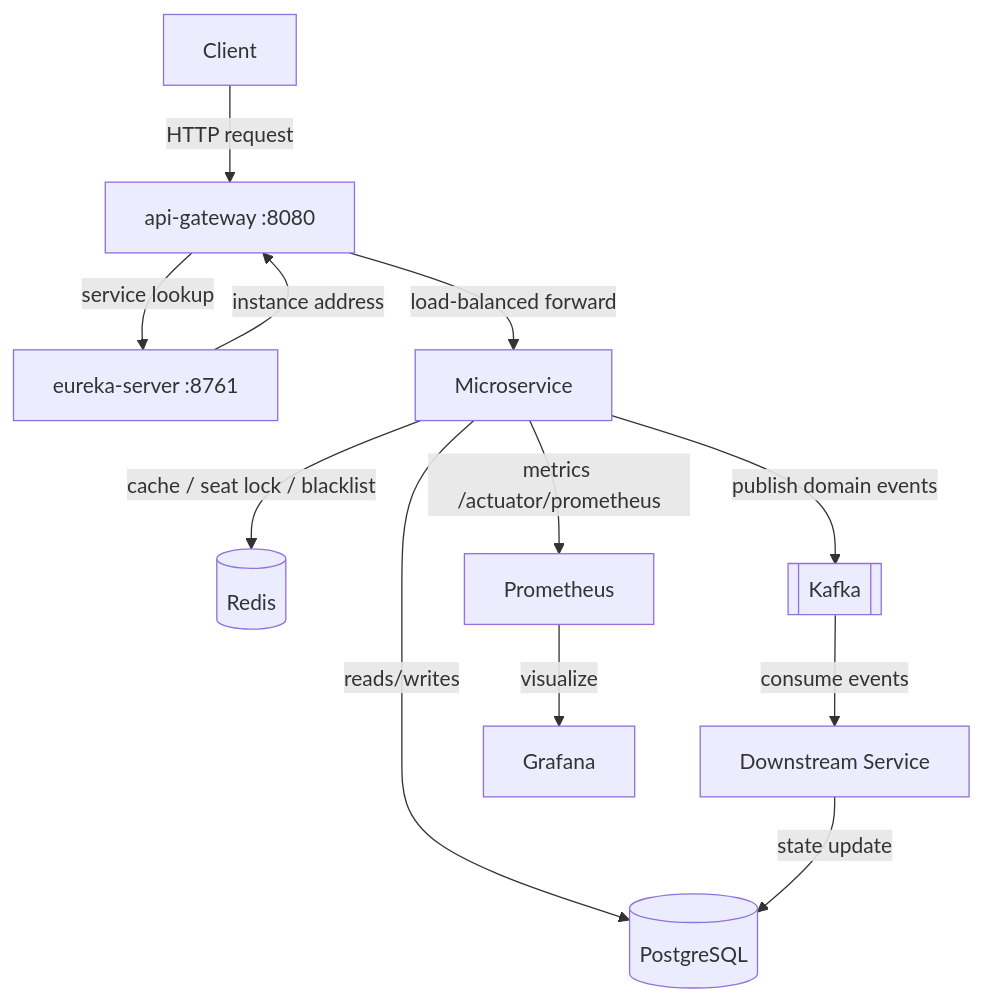
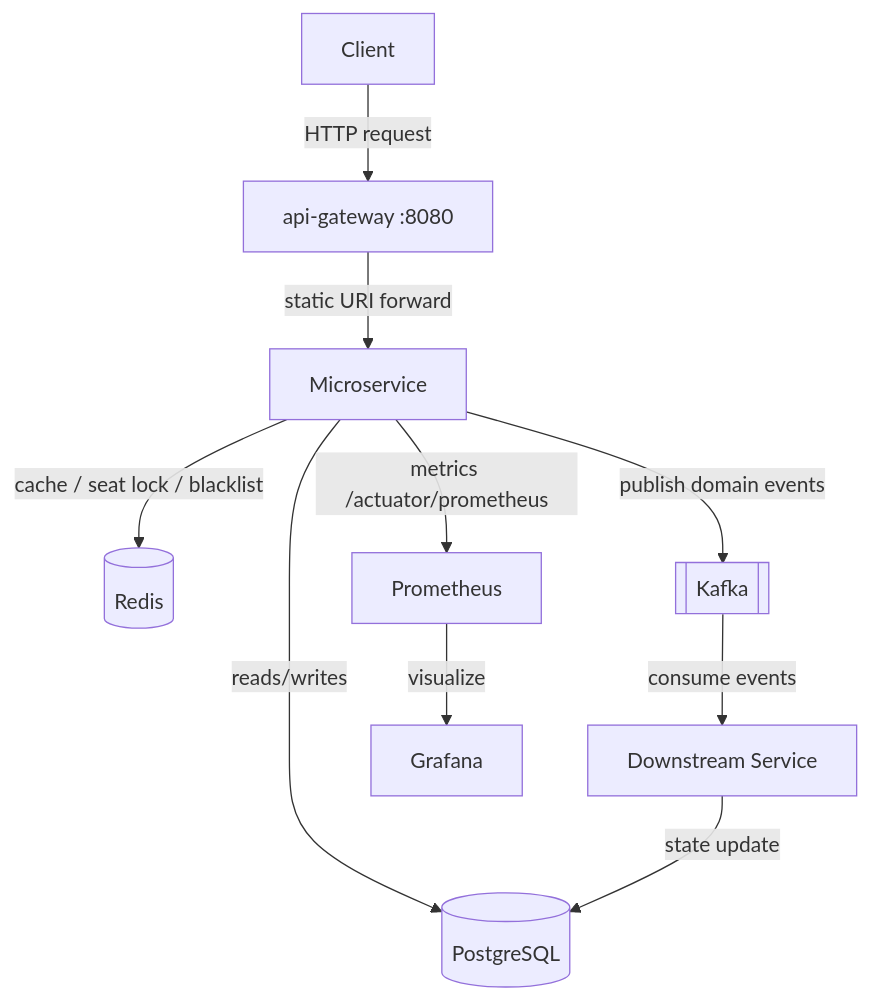
One commit to namnd0312/ms-cinema changed the third of 25 diagrams in docs/system-design-mermaid-diagrams-all-services-flows.md. Above: the diagram before and after it, drawn with Mermaid. The commit also changed other lines of this file and 49 other files, not shown here.

Commit message:
260409-1934-remove-eureka-config-server

````diff
--- a/docs/system-design-mermaid-diagrams-all-services-flows.md
+++ b/docs/system-design-mermaid-diagrams-all-services-flows.md
@@ -210,16 +183,14 @@
 ```mermaid
 flowchart TD
     C["Client"] -->|HTTP request| GW["api-gateway :8080"]
-    GW -->|service lookup| EU["eureka-server :8761"]
-    EU -->|instance address| GW
-    GW -->|load-balanced forward| SVC["Microservice"]
+    GW -->|static URI forward| SVC["Microservice"]
 
     SVC -->|reads/writes| DB[("PostgreSQL")]
     SVC -->|cache / seat lock / blacklist| RD[("Redis")]
     SVC -->|publish domain events| KF[["Kafka"]]
     KF -->|consume events| SVC2["Downstream Service"]
     SVC2 -->|state update| DB
 
     SVC -->|metrics /actuator/prometheus| PR["Prometheus"]
     PR -->|visualize| GR["Grafana"]
 ```
````
